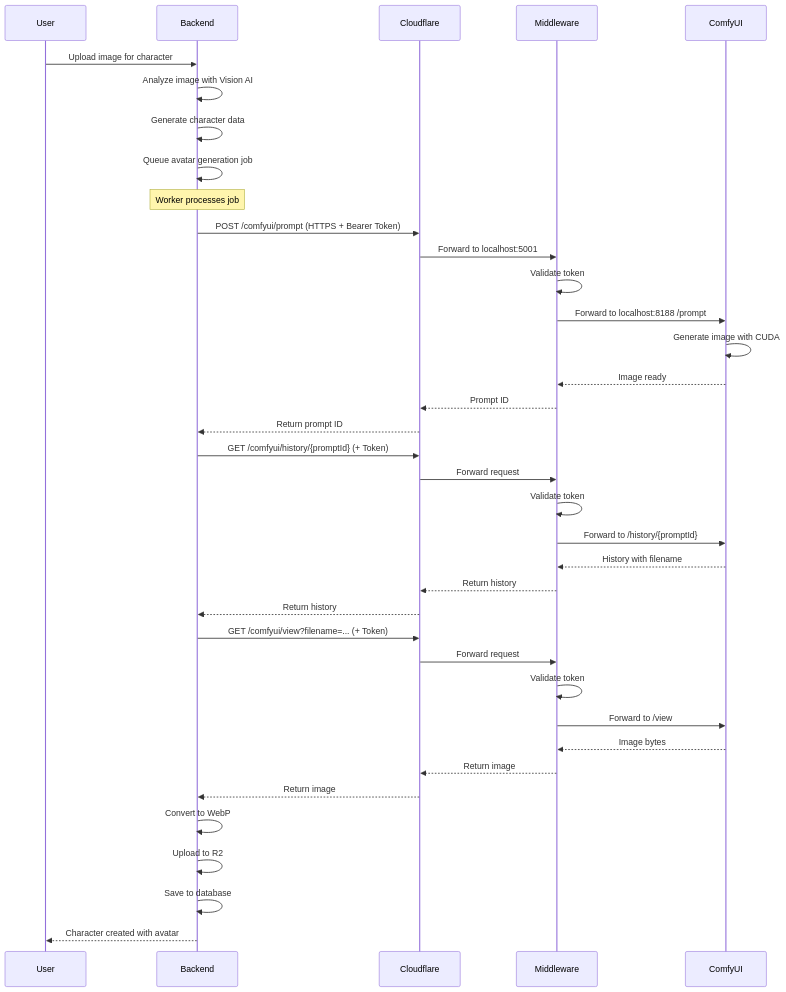
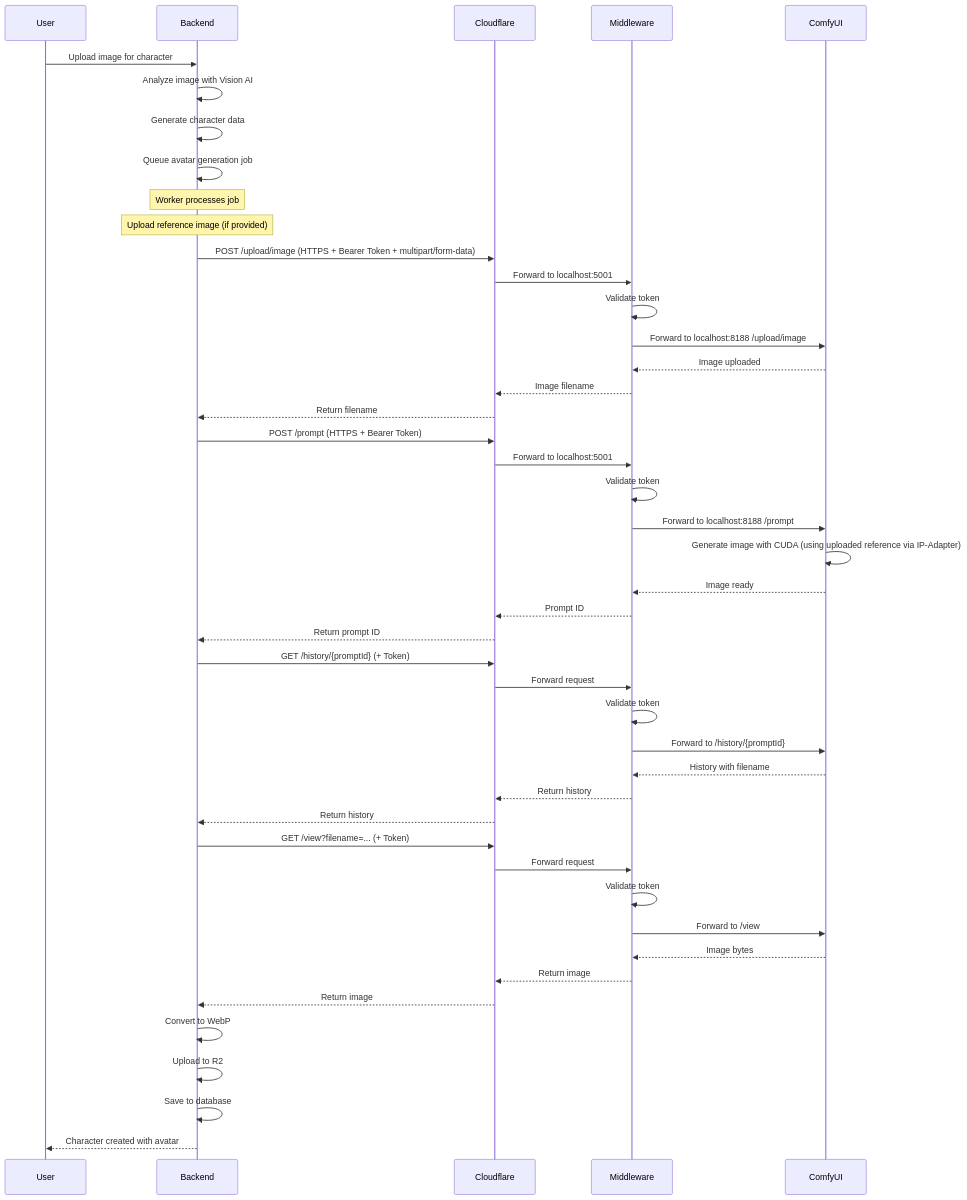
One commit to leandro-br-dev/charhub changed the diagram in docs/02-guides/operations/comfyui-setup.md. Above: the diagram before and after it, drawn with Mermaid. The commit also changed other lines of this file, not shown here.

First line of the commit message:
docs(comfyui): update documentation for middleware v2.0

````diff
--- a/docs/02-guides/operations/comfyui-setup.md
+++ b/docs/02-guides/operations/comfyui-setup.md
@@ -138,46 +146,55 @@
 ```mermaid
 sequenceDiagram
     participant U as User
     participant B as Backend
     participant CF as Cloudflare
     participant M as Middleware
     participant C as ComfyUI
 
     U->>B: Upload image for character
     B->>B: Analyze image with Vision AI
     B->>B: Generate character data
     B->>B: Queue avatar generation job
 
     Note over B: Worker processes job
 
-    B->>CF: POST /comfyui/prompt (HTTPS + Bearer Token)
+    Note over B: Upload reference image (if provided)
+    B->>CF: POST /upload/image (HTTPS + Bearer Token + multipart/form-data)
+    CF->>M: Forward to localhost:5001
+    M->>M: Validate token
+    M->>C: Forward to localhost:8188 /upload/image
+    C-->>M: Image uploaded
+    M-->>CF: Image filename
+    CF-->>B: Return filename
+
+    B->>CF: POST /prompt (HTTPS + Bearer Token)
     CF->>M: Forward to localhost:5001
     M->>M: Validate token
     M->>C: Forward to localhost:8188 /prompt
-    C->>C: Generate image with CUDA
+    C->>C: Generate image with CUDA (using uploaded reference via IP-Adapter)
     C-->>M: Image ready
     M-->>CF: Prompt ID
     CF-->>B: Return prompt ID
 
-    B->>CF: GET /comfyui/history/{promptId} (+ Token)
+    B->>CF: GET /history/{promptId} (+ Token)
     CF->>M: Forward request
     M->>M: Validate token
     M->>C: Forward to /history/{promptId}
     C-->>M: History with filename
     M-->>CF: Return history
     CF-->>B: Return history
 
-    B->>CF: GET /comfyui/view?filename=... (+ Token)
+    B->>CF: GET /view?filename=... (+ Token)
     CF->>M: Forward request
     M->>M: Validate token
     M->>C: Forward to /view
     C-->>M: Image bytes
     M-->>CF: Return image
     CF-->>B: Return image
 
     B->>B: Convert to WebP
     B->>B: Upload to R2
     B->>B: Save to database
 
     B-->>U: Character created with avatar
 ```
````
